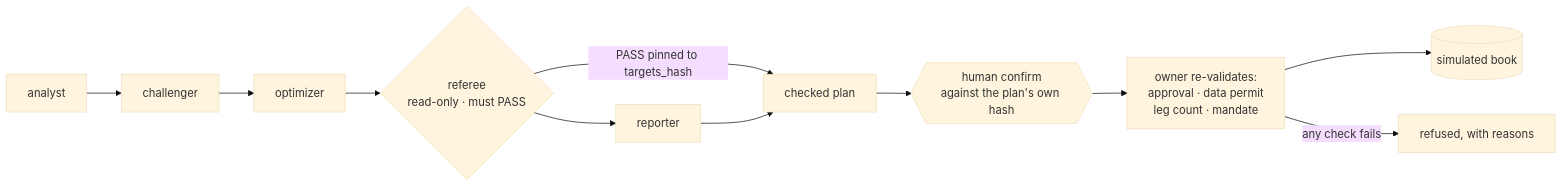
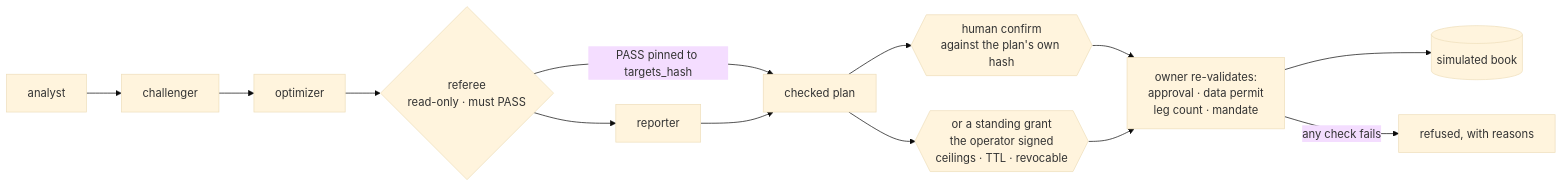
One commit to AzAINN/QLAB changed the diagram in README.md. Above: the diagram before and after it, drawn with Mermaid (base theme). The commit also changed other lines of this file and 10 other files, not shown here.

````diff
--- a/README.md
+++ b/README.md
@@ -79,10 +84,12 @@
 ```mermaid
 flowchart LR
     A[analyst] --> C[challenger] --> O[optimizer] --> R{referee<br/>read-only · must PASS} --> P[reporter]
     R -- "PASS pinned to targets_hash" --> G[checked plan]
     P --> G
     G --> H{{human confirm<br/>against the plan's own hash}}
+    G --> S{{or a standing grant<br/>the operator signed<br/>ceilings · TTL · revocable}}
     H --> V[owner re-validates:<br/>approval · data permit<br/>leg count · mandate]
+    S --> V
     V --> B[(simulated book)]
     V -- "any check fails" --> X[refused, with reasons]
 ```
````
